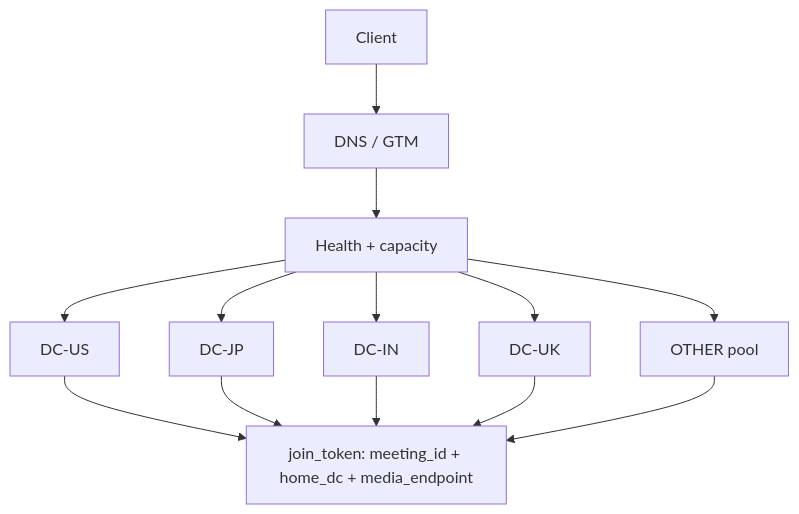
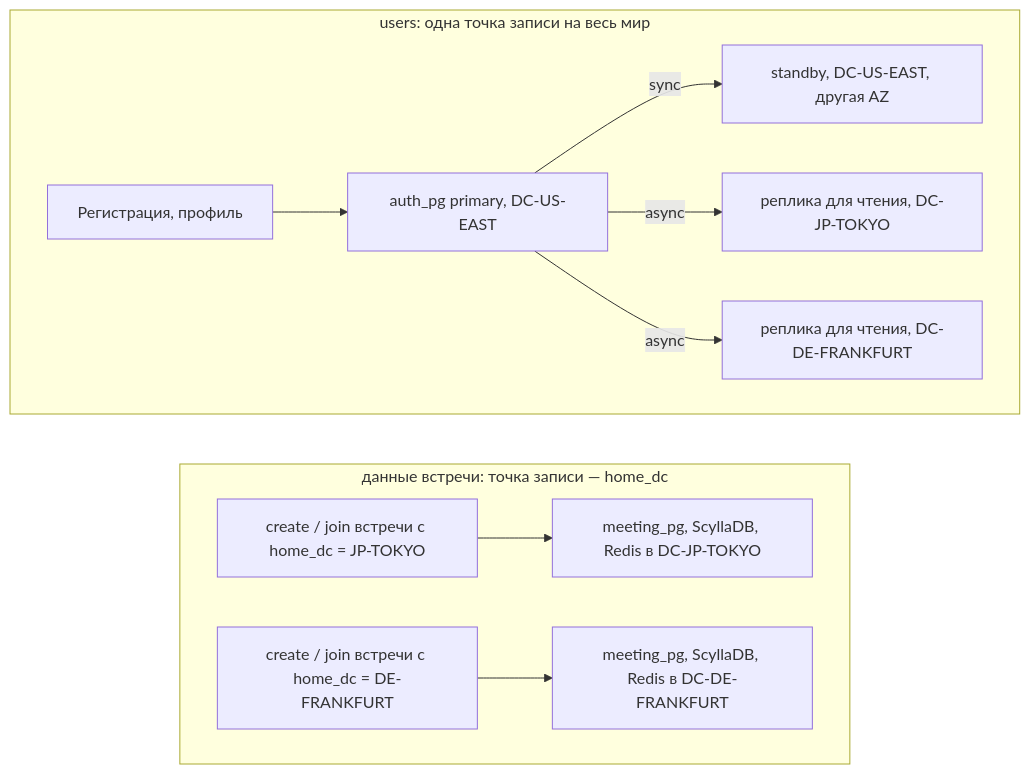
Before and after one commit to Danykrane/system_design: the third of 11 diagrams in README.md, drawn with Mermaid. The commit also changed other lines of this file and 5 other files, not shown here.

Commit message:
Исправления по ревью: K=1.5, 8 ДЦ вместо OTHER, точки записи, DNS vs Anycast

````diff
--- a/README.md
+++ b/README.md
@@ -335,15 +459,16 @@
 ```mermaid
-flowchart TD
-    C["Client"] --> DNS["DNS / GTM"]
-    DNS --> H["Health + capacity"]
-    H --> US["DC-US"]
-    H --> JP["DC-JP"]
-    H --> IN["DC-IN"]
-    H --> UK["DC-UK"]
-    H --> O["OTHER pool"]
-    US --> T["join_token: meeting_id + home_dc + media_endpoint"]
-    JP --> T
-    IN --> T
-    UK --> T
-    O --> T
+flowchart TB
+    subgraph USERS["users: одна точка записи на весь мир"]
+        direction LR
+        W["Регистрация, профиль"] --> P["auth_pg primary, DC-US-EAST"]
+        P -->|"sync"| S["standby, DC-US-EAST, другая AZ"]
+        P -->|"async"| R1["реплика для чтения, DC-JP-TOKYO"]
+        P -->|"async"| R2["реплика для чтения, DC-DE-FRANKFURT"]
+    end
+    subgraph MEET["данные встречи: точка записи — home_dc"]
+        direction LR
+        M1["create / join встречи с home_dc = JP-TOKYO"] --> D1["meeting_pg, ScyllaDB, Redis в DC-JP-TOKYO"]
+        M2["create / join встречи с home_dc = DE-FRANKFURT"] --> D2["meeting_pg, ScyllaDB, Redis в DC-DE-FRANKFURT"]
+    end
+    USERS ~~~ MEET
 ```
````
